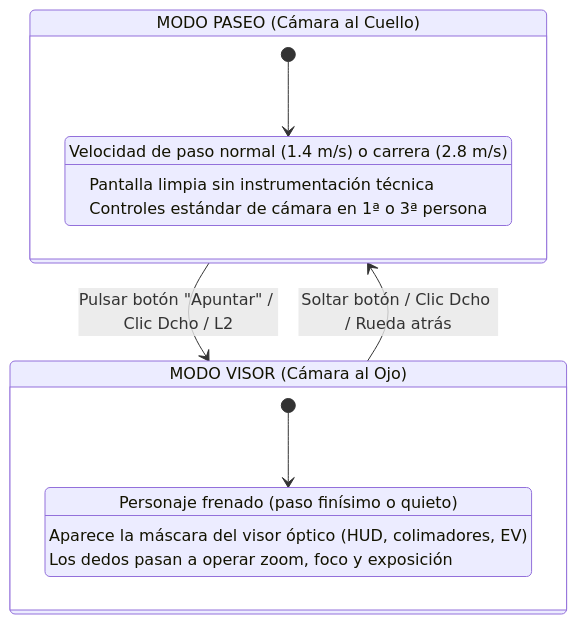
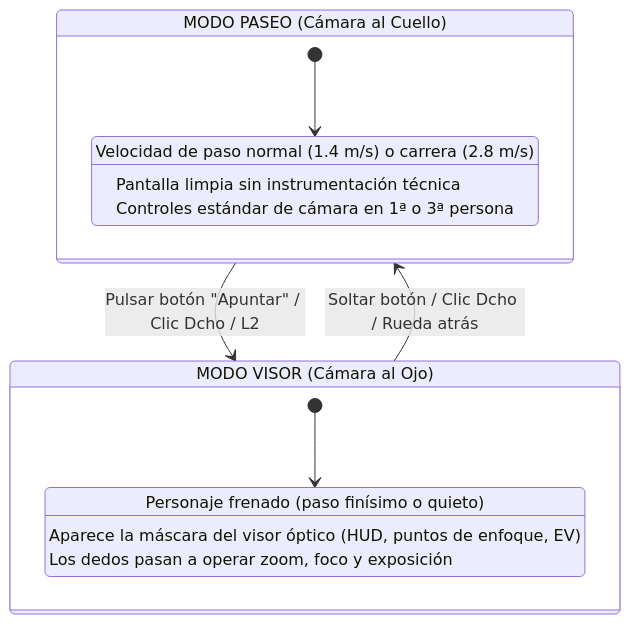
The diagram in docs/futuro/01_MAPA_ABIERTO_Y_PROTAGONISTA.md (Ganso/proyecto-paparazzi), drawn with Mermaid before and after one commit. The commit also changed 54 other files, not shown here.

````diff
--- a/docs/futuro/01_MAPA_ABIERTO_Y_PROTAGONISTA.md
+++ b/docs/futuro/01_MAPA_ABIERTO_Y_PROTAGONISTA.md
@@ -29,19 +29,19 @@
 ```mermaid
 stateDiagram-v2
     state "MODO PASEO (Cámara al Cuello)" as ModoPaseo {
         [*] --> LocomocionLibre
         LocomocionLibre: Velocidad de paso normal (1.4 m/s) o carrera (2.8 m/s)
         LocomocionLibre: Pantalla limpia sin instrumentación técnica
         LocomocionLibre: Controles estándar de cámara en 1ª o 3ª persona
     }
 
     state "MODO VISOR (Cámara al Ojo)" as ModoVisor {
         [*] --> OperacionFotografica
         OperacionFotografica: Personaje frenado (paso finísimo o quieto)
-        OperacionFotografica: Aparece la máscara del visor óptico (HUD, colimadores, EV)
+        OperacionFotografica: Aparece la máscara del visor óptico (HUD, puntos de enfoque, EV)
         OperacionFotografica: Los dedos pasan a operar zoom, foco y exposición
     }
 
     ModoPaseo --> ModoVisor: Pulsar botón "Apuntar" / Clic Dcho / L2
     ModoVisor --> ModoPaseo: Soltar botón / Clic Dcho / Rueda atrás
 ```
````
